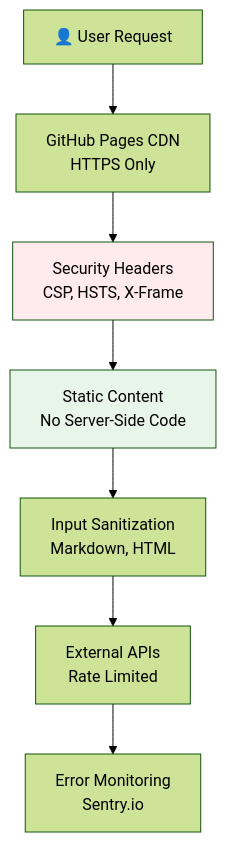
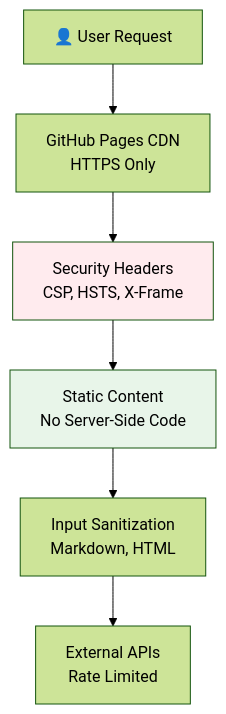
Diagram 11 of 13 in ARCHITECTURE.md (IIUMstudent/Awesome-IIUM), drawn with Mermaid (forest theme) before and after one commit. The commit also changed other lines of this file and 16 other files, not shown here.

````diff
--- a/ARCHITECTURE.md
+++ b/ARCHITECTURE.md
@@ -648,17 +641,17 @@
 ```mermaid
 graph TD
     User[👤 User Request] --> CDN[GitHub Pages CDN<br/>HTTPS Only]
     
     CDN --> Headers[Security Headers<br/>CSP, HSTS, X-Frame]
     
     Headers --> Content[Static Content<br/>No Server-Side Code]
     
     Content --> Sanitize[Input Sanitization<br/>Markdown, HTML]
     
     Sanitize --> APIs[External APIs<br/>Rate Limited]
     
-    APIs --> Sentry[Error Monitoring<br/>Sentry.io]
+
     
     style Headers fill:#ffebee
     style Content fill:#e8f5e9
 ```
````
